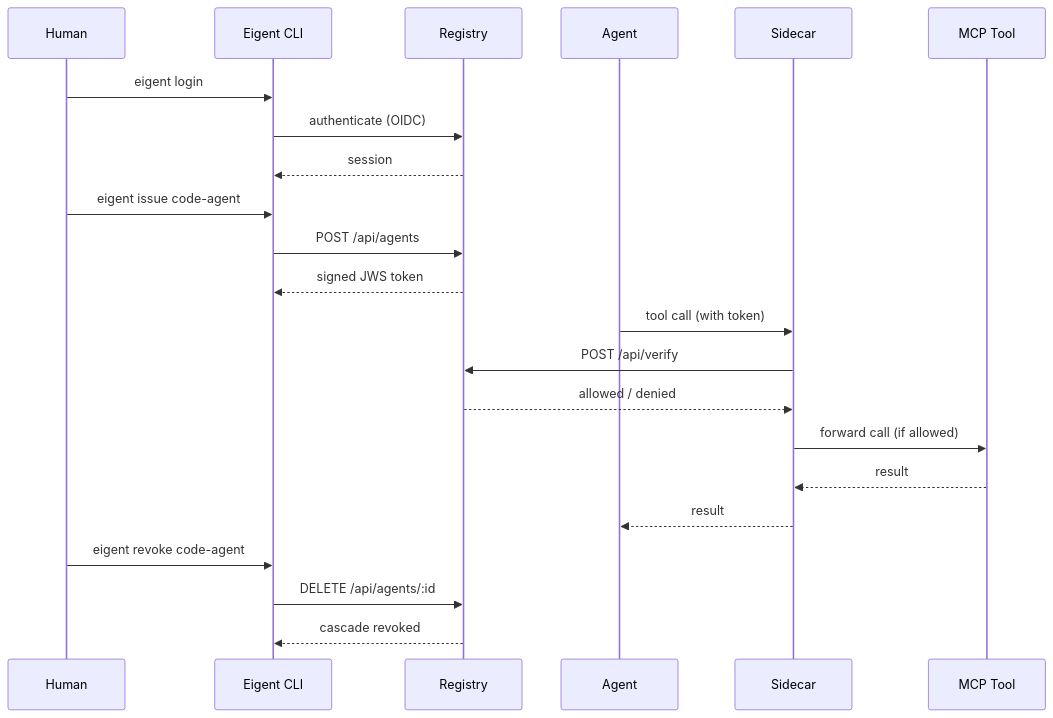
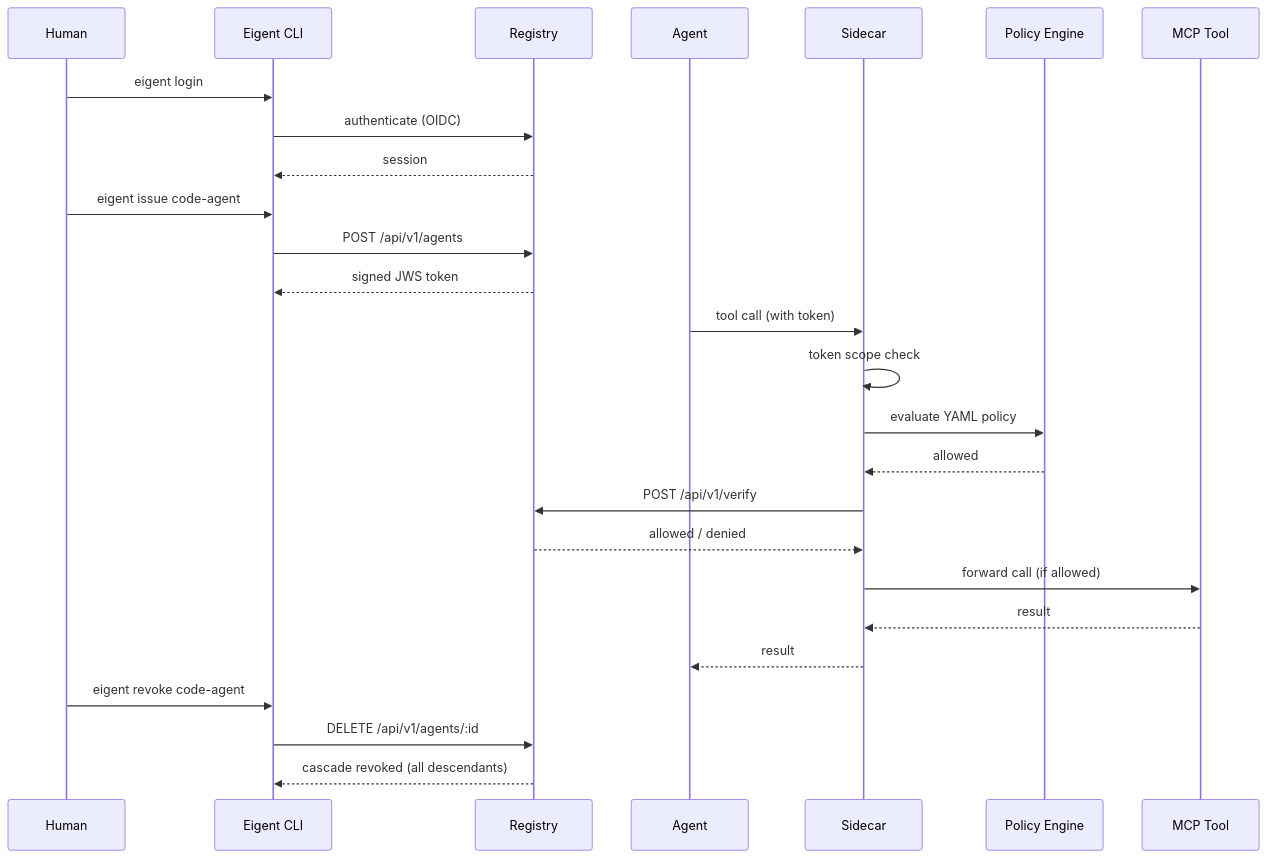
Before and after one commit to saichandrasekhar/Eigent: the fourth of 4 diagrams in mkdocs-docs/concepts/overview.md, drawn with Mermaid. The commit also changed other lines of this file and 13 other files, not shown here.

````diff
--- a/mkdocs-docs/concepts/overview.md
+++ b/mkdocs-docs/concepts/overview.md
@@ -99,28 +113,32 @@
 ```mermaid
 sequenceDiagram
     participant H as Human
     participant CLI as Eigent CLI
     participant R as Registry
     participant A as Agent
     participant S as Sidecar
+    participant P as Policy Engine
     participant T as MCP Tool
 
     H->>CLI: eigent login
     CLI->>R: authenticate (OIDC)
     R-->>CLI: session
 
     H->>CLI: eigent issue code-agent
-    CLI->>R: POST /api/agents
+    CLI->>R: POST /api/v1/agents
     R-->>CLI: signed JWS token
 
     A->>S: tool call (with token)
-    S->>R: POST /api/verify
+    S->>S: token scope check
+    S->>P: evaluate YAML policy
+    P-->>S: allowed
+    S->>R: POST /api/v1/verify
     R-->>S: allowed / denied
     S->>T: forward call (if allowed)
     T-->>S: result
     S-->>A: result
 
     H->>CLI: eigent revoke code-agent
-    CLI->>R: DELETE /api/agents/:id
-    R-->>CLI: cascade revoked
+    CLI->>R: DELETE /api/v1/agents/:id
+    R-->>CLI: cascade revoked (all descendants)
 ```
````
